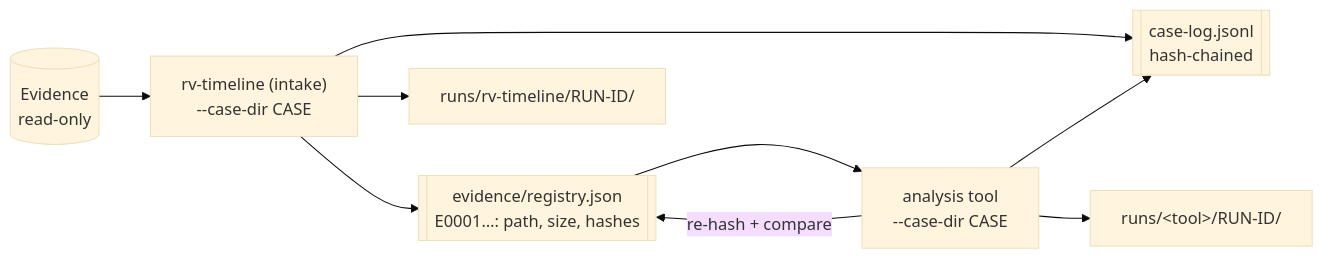
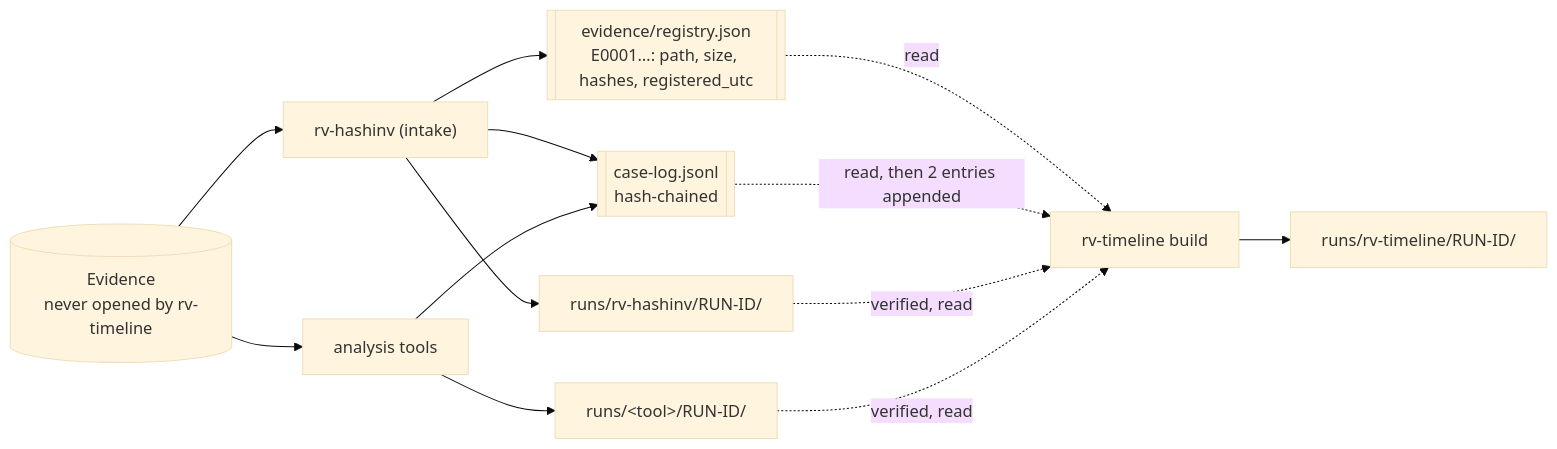
One commit to Panacota96/rv-timeline changed the first of 2 diagrams in docs/case-folder.md. Above: the diagram before and after it, drawn with Mermaid (base theme). The commit also changed other lines of this file and 984 other files, not shown here.

First line of the commit message:
feat: RV Timeline v0.1 — cited case timeline from the Rakvor tools' outputs (#3)

````diff
--- a/docs/case-folder.md
+++ b/docs/case-folder.md
@@ -9,11 +10,15 @@
 ```mermaid
 flowchart LR
-    E[(Evidence<br/>read-only)] --> H["rv-timeline (intake)<br/>--case-dir CASE"]
-    H --> R[["evidence/registry.json<br/>E0001…: path, size, hashes"]]
+    E[(Evidence<br/>never opened by rv-timeline)] --> H["rv-hashinv (intake)"]
+    E --> A["analysis tools"]
+    H --> R[["evidence/registry.json<br/>E0001…: path, size, hashes, registered_utc"]]
     H --> CL[["case-log.jsonl<br/>hash-chained"]]
-    R --> P["analysis tool<br/>--case-dir CASE"]
-    P -->|re-hash + compare| R
-    P --> CL
-    H --> RH["runs/rv-timeline/RUN-ID/"]
-    P --> RP["runs/&lt;tool&gt;/RUN-ID/"]
+    A --> CL
+    H --> RH["runs/rv-hashinv/RUN-ID/"]
+    A --> RA["runs/&lt;tool&gt;/RUN-ID/"]
+    R -. read .-> T["rv-timeline build"]
+    CL -. "read, then 2 entries appended" .-> T
+    RH -. "verified, read" .-> T
+    RA -. "verified, read" .-> T
+    T --> RT["runs/rv-timeline/RUN-ID/"]
 ```
````
